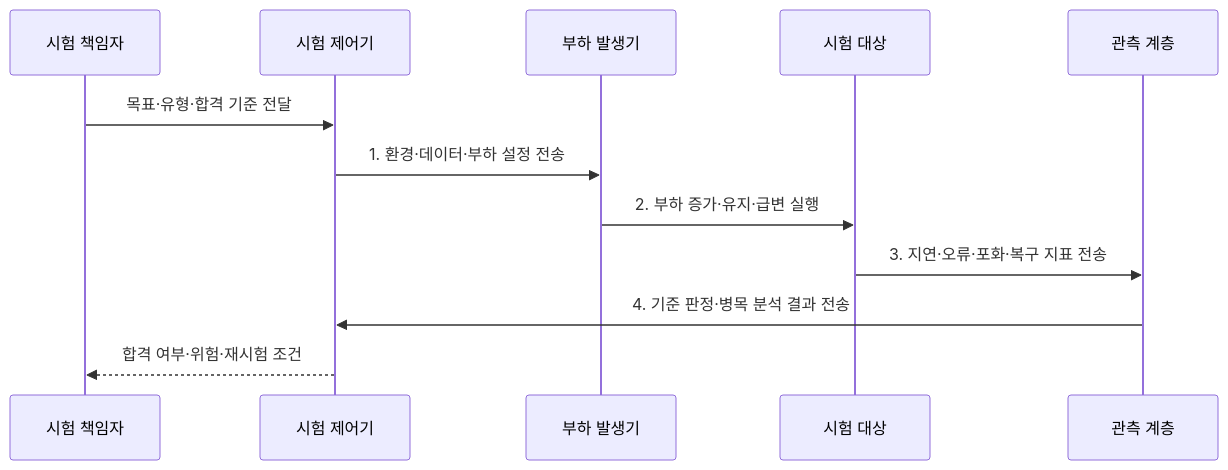
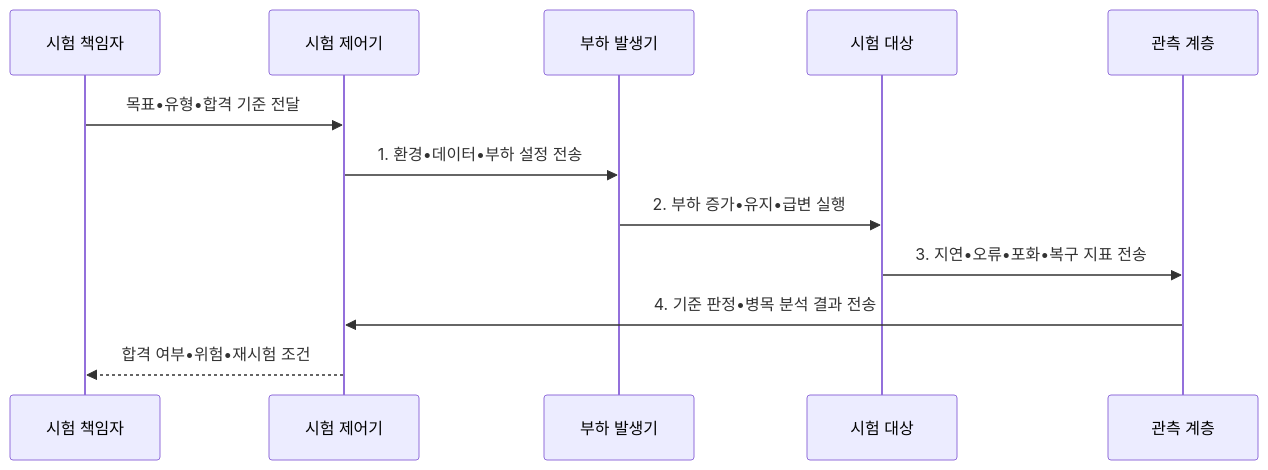
One commit to agnusdei1207/knowledge-base changed the second of 2 diagrams in src/content/docs/notes/06-evaluation/006_performance_testing_types.md. Above: the diagram before and after it, drawn with Mermaid. The commit also changed other lines of this file and 953 other files, not shown here.

````diff
--- a/src/content/docs/notes/06-evaluation/006_performance_testing_types.md
+++ b/src/content/docs/notes/06-evaluation/006_performance_testing_types.md
@@ -101,14 +101,14 @@
 ```mermaid
 sequenceDiagram
   participant O as 시험 책임자
   participant C as 시험 제어기
   participant L as 부하 발생기
   participant D as 시험 대상
   participant M as 관측 계층
-  O->>C: 목표·유형·합격 기준 전달
-  C->>L: 1. 환경·데이터·부하 설정 전송
-  L->>D: 2. 부하 증가·유지·급변 실행
-  D->>M: 3. 지연·오류·포화·복구 지표 전송
-  M->>C: 4. 기준 판정·병목 분석 결과 전송
-  C-->>O: 합격 여부·위험·재시험 조건
+  O->>C: 목표•유형•합격 기준 전달
+  C->>L: 1. 환경•데이터•부하 설정 전송
+  L->>D: 2. 부하 증가•유지•급변 실행
+  D->>M: 3. 지연•오류•포화•복구 지표 전송
+  M->>C: 4. 기준 판정•병목 분석 결과 전송
+  C-->>O: 합격 여부•위험•재시험 조건
 ```
````
